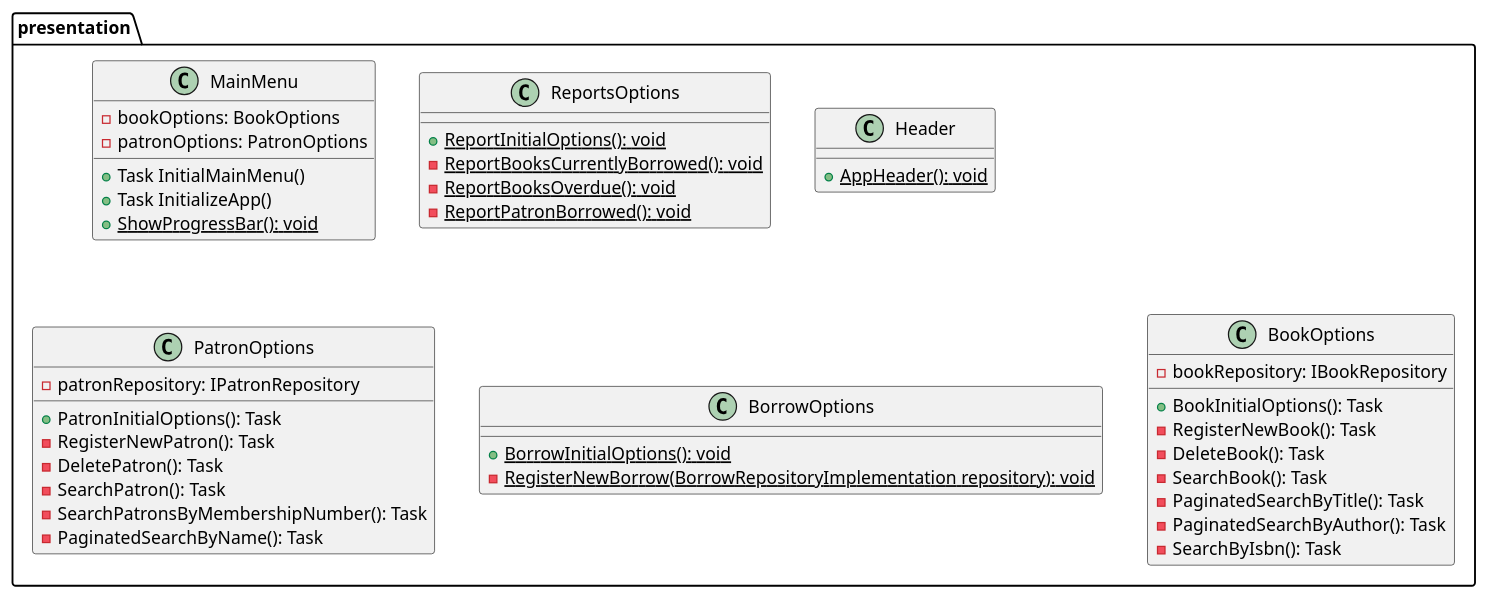
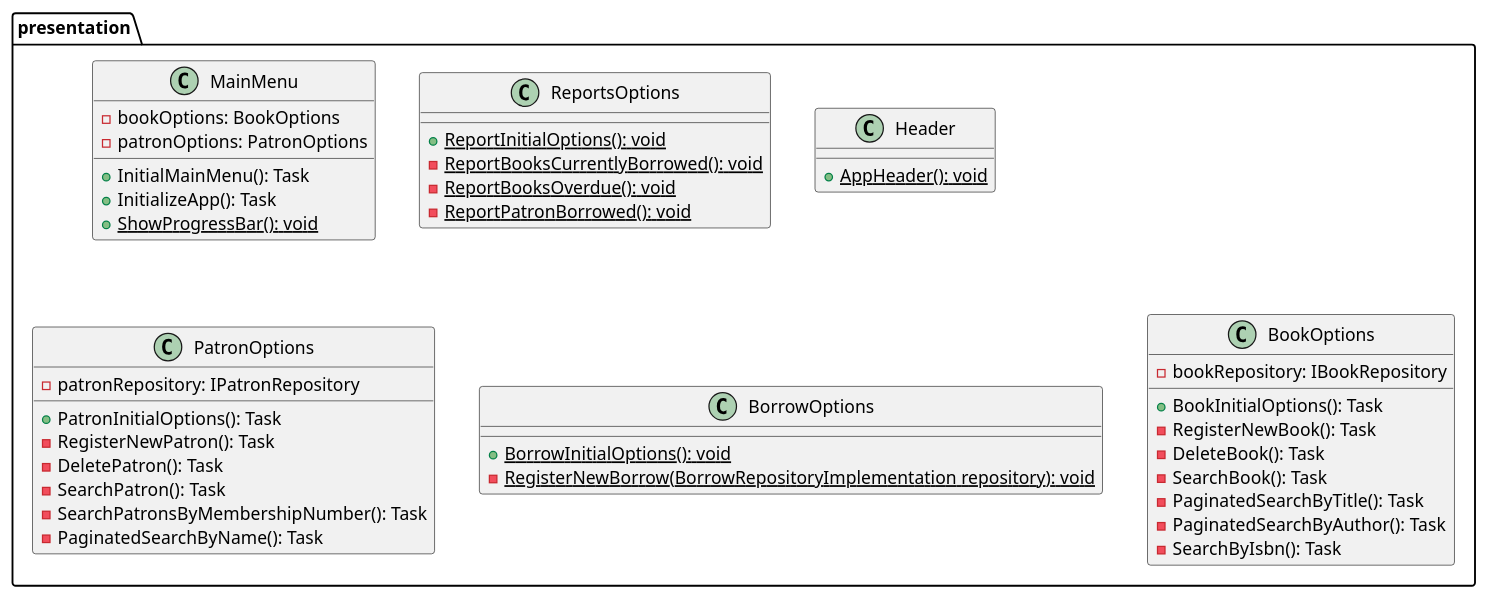
One commit to programacion-6/Opcion1LosBorbotones changed the diagram in system-design/class-diagram/presentation.puml. Above: the diagram before and after it, drawn with PlantUML. The commit also changed 8 other files, not shown here.

First line of the commit message:
chore: uml added domain and infraestructure layers

```diff
--- a/system-design/class-diagram/presentation.puml
+++ b/system-design/class-diagram/presentation.puml
@@ -1,49 +1,49 @@
 @startuml
 package presentation {
     class MainMenu {
         - bookOptions: BookOptions
         - patronOptions: PatronOptions
-        + Task InitialMainMenu()
-        + Task InitializeApp()
+        + InitialMainMenu(): Task
+        + InitializeApp(): Task
         + {static} ShowProgressBar(): void
     }
 
     class ReportsOptions {
         + {static} ReportInitialOptions(): void
         - {static} ReportBooksCurrentlyBorrowed(): void
         - {static} ReportBooksOverdue(): void
         - {static} ReportPatronBorrowed(): void
     }
 
     class Header {
         + {static} AppHeader(): void
     }
 
     class PatronOptions {
         - patronRepository: IPatronRepository
         + PatronInitialOptions(): Task
         - RegisterNewPatron(): Task
         - DeletePatron(): Task
         - SearchPatron(): Task
         - SearchPatronsByMembershipNumber(): Task
         - PaginatedSearchByName(): Task
     }
 
     class BorrowOptions {
         + {static} BorrowInitialOptions(): void
         - {static} RegisterNewBorrow(BorrowRepositoryImplementation repository): void
 
     }
 
     class BookOptions {
         - bookRepository: IBookRepository
         + BookInitialOptions(): Task
         - RegisterNewBook(): Task
         - DeleteBook(): Task
         - SearchBook(): Task
         - PaginatedSearchByTitle(): Task
         - PaginatedSearchByAuthor(): Task
         - SearchByIsbn(): Task
     }
 }
 @enduml
```
